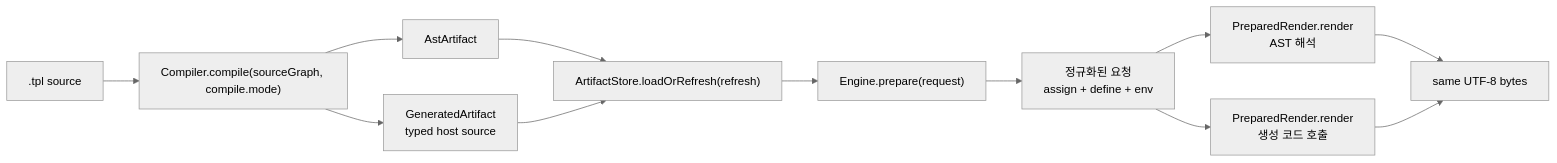
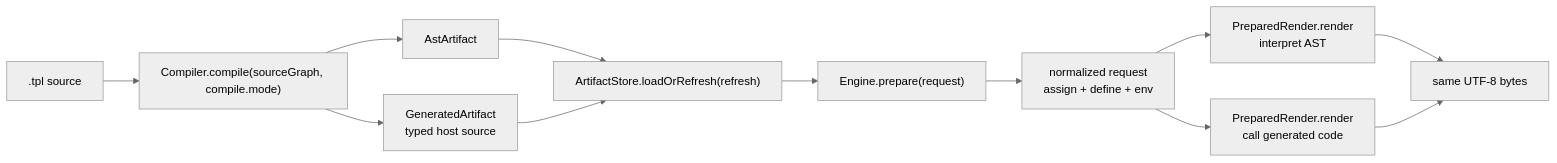
The fifth of 6 diagrams in docs/spec/runtime.ko.md (polyspec/template), drawn with Mermaid (neutral theme) before and after one commit. The commit also changed 9 other files, not shown here.

````diff
--- a/docs/spec/runtime.ko.md
+++ b/docs/spec/runtime.ko.md
@@ -172,14 +172,14 @@
 ```mermaid
 flowchart LR
   Source[".tpl source"] --> Compiler["Compiler.compile(sourceGraph, compile.mode)"]
   Compiler --> ASTArtifact["AstArtifact"]
   Compiler --> GenArtifact["GeneratedArtifact<br/>typed host source"]
   ASTArtifact --> Store["ArtifactStore.loadOrRefresh(refresh)"]
   GenArtifact --> Store
   Store --> Prepared["Engine.prepare(request)"]
-  Prepared --> Normalized["정규화된 요청<br/>assign + define + env"]
-  Normalized --> ASTRender["PreparedRender.render<br/>AST 해석"]
-  Normalized --> GenRender["PreparedRender.render<br/>생성 코드 호출"]
+  Prepared --> Normalized["normalized request<br/>assign + define + env"]
+  Normalized --> ASTRender["PreparedRender.render<br/>interpret AST"]
+  Normalized --> GenRender["PreparedRender.render<br/>call generated code"]
   ASTRender --> Bytes["same UTF-8 bytes"]
   GenRender --> Bytes
 ```
````
